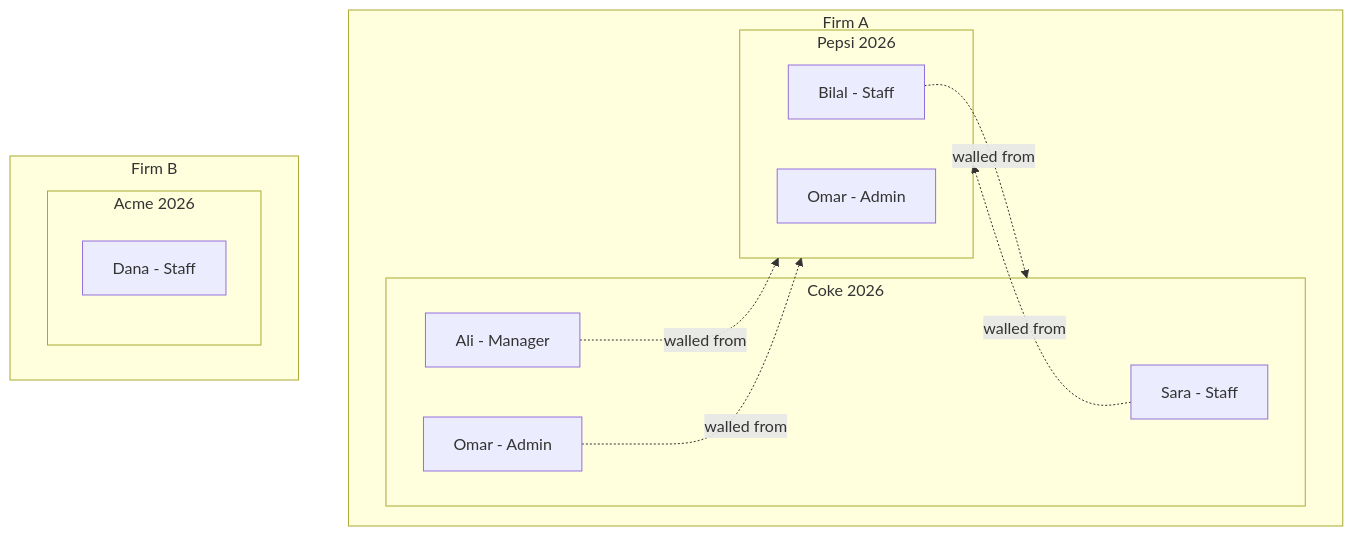
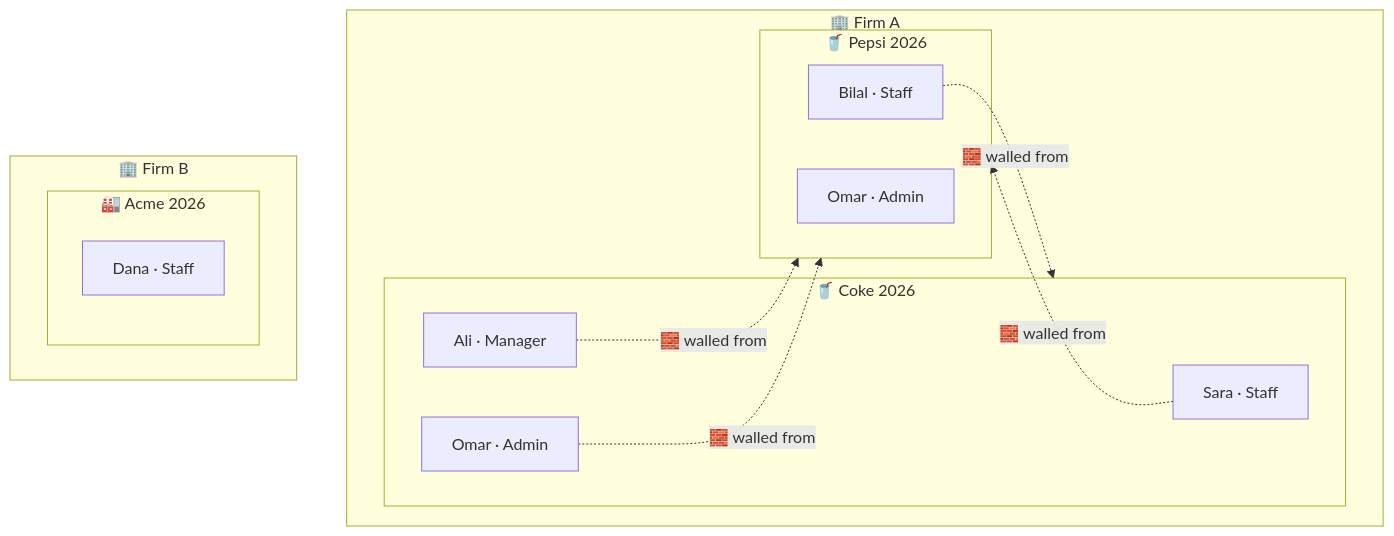
The third of 24 diagrams in warden/docs/how-it-works.md (musishere/Warden-tickmark), drawn with Mermaid before and after one commit. The commit also changed other lines of this file and 16 other files, not shown here.

````diff
--- a/warden/docs/how-it-works.md
+++ b/warden/docs/how-it-works.md
@@ -220,23 +151,23 @@
 ```mermaid
 flowchart TB
-    subgraph FA[Firm A]
-        subgraph Coke[Coke 2026]
-            S[Sara - Staff]
-            A[Ali - Manager]
-            O1[Omar - Admin]
+    subgraph FA["🏢 Firm A"]
+        subgraph Coke["🥤 Coke 2026"]
+            S["Sara · Staff"]
+            A["Ali · Manager"]
+            O1["Omar · Admin"]
         end
-        subgraph Pepsi[Pepsi 2026]
-            B[Bilal - Staff]
-            O2[Omar - Admin]
+        subgraph Pepsi["🥤 Pepsi 2026"]
+            B["Bilal · Staff"]
+            O2["Omar · Admin"]
         end
     end
-    subgraph FB[Firm B]
-        subgraph Acme[Acme 2026]
-            D[Dana - Staff]
+    subgraph FB["🏢 Firm B"]
+        subgraph Acme["🏭 Acme 2026"]
+            D["Dana · Staff"]
         end
     end
-    S -.->|walled from| Pepsi
-    A -.->|walled from| Pepsi
-    O1 -.->|walled from| Pepsi
-    B -.->|walled from| Coke
+    S -.->|"🧱 walled from"| Pepsi
+    A -.->|"🧱 walled from"| Pepsi
+    O1 -.->|"🧱 walled from"| Pepsi
+    B -.->|"🧱 walled from"| Coke
 ```
````
